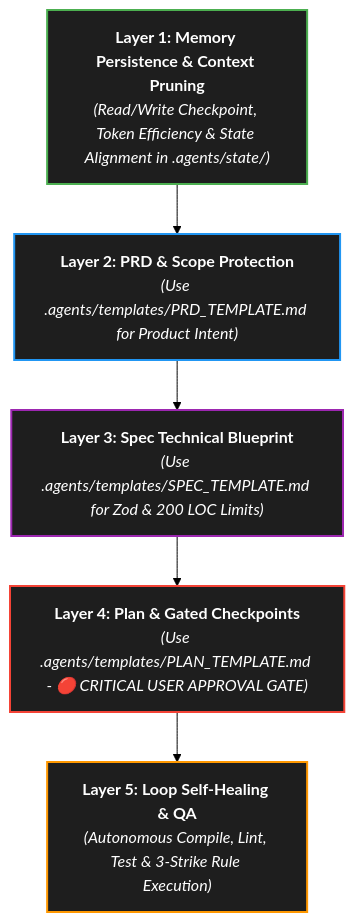
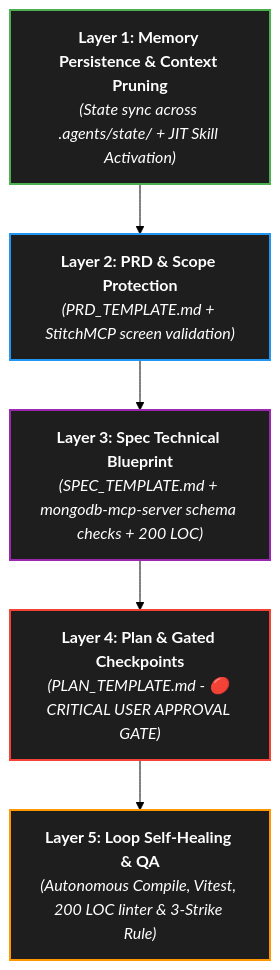
One commit to IDAN2468D/movie-booking-site changed the diagram in .agents/Skills/agent-stack-framework/SKILL.md. Above: the diagram before and after it, drawn with Mermaid (forest theme). The commit also changed other lines of this file and 55 other files, not shown here.

Commit message:
feat(agents): modernize .agents architecture, prune 16 redundant skills, add cinepulse-motion-engine & cinepulse-analytics-bi, update AGENTS.md with MCP matrix (Sprint 162)

````diff
--- a/.agents/Skills/agent-stack-framework/SKILL.md
+++ b/.agents/Skills/agent-stack-framework/SKILL.md
@@ -16,14 +16,14 @@
 ```mermaid
 graph TD
-    L1["<b>Layer 1: Memory Persistence & Context Pruning</b><br/><i>(Read/Write Checkpoint, Token Efficiency & State Alignment in .agents/state/)</i>"] --> L2
-    L2["<b>Layer 2: PRD & Scope Protection</b><br/><i>(Use .agents/templates/PRD_TEMPLATE.md for Product Intent)</i>"] --> L3
-    L3["<b>Layer 3: Spec Technical Blueprint</b><br/><i>(Use .agents/templates/SPEC_TEMPLATE.md for Zod & 200 LOC Limits)</i>"] --> L4
-    L4["<b>Layer 4: Plan & Gated Checkpoints</b><br/><i>(Use .agents/templates/PLAN_TEMPLATE.md - 🔴 CRITICAL USER APPROVAL GATE)</i>"] --> L5
-    L5["<b>Layer 5: Loop Self-Healing & QA</b><br/><i>(Autonomous Compile, Lint, Test & 3-Strike Rule Execution)</i>"]
+    L1["<b>Layer 1: Memory Persistence & Context Pruning</b><br/><i>(State sync across .agents/state/ + JIT Skill Activation)</i>"] --> L2
+    L2["<b>Layer 2: PRD & Scope Protection</b><br/><i>(PRD_TEMPLATE.md + StitchMCP screen validation)</i>"] --> L3
+    L3["<b>Layer 3: Spec Technical Blueprint</b><br/><i>(SPEC_TEMPLATE.md + mongodb-mcp-server schema checks + 200 LOC)</i>"] --> L4
+    L4["<b>Layer 4: Plan & Gated Checkpoints</b><br/><i>(PLAN_TEMPLATE.md - 🔴 CRITICAL USER APPROVAL GATE)</i>"] --> L5
+    L5["<b>Layer 5: Loop Self-Healing & QA</b><br/><i>(Autonomous Compile, Vitest, 200 LOC linter & 3-Strike Rule)</i>"]
     
     style L1 fill:#1e1e1e,stroke:#4caf50,stroke-width:2px,color:#fff
     style L2 fill:#1e1e1e,stroke:#2196f3,stroke-width:2px,color:#fff
     style L3 fill:#1e1e1e,stroke:#9c27b0,stroke-width:2px,color:#fff
     style L4 fill:#1e1e1e,stroke:#f44336,stroke-width:2px,color:#fff
     style L5 fill:#1e1e1e,stroke:#ff9800,stroke-width:2px,color:#fff
 ```
````
